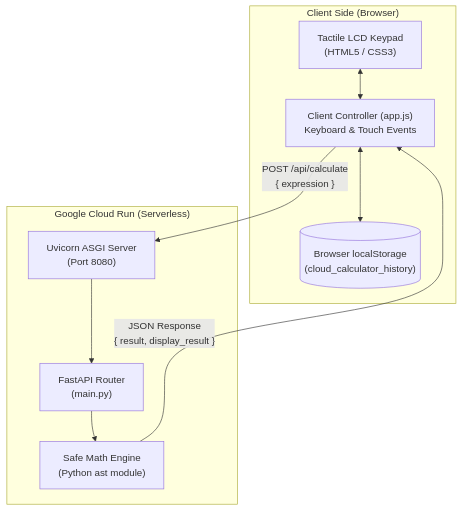
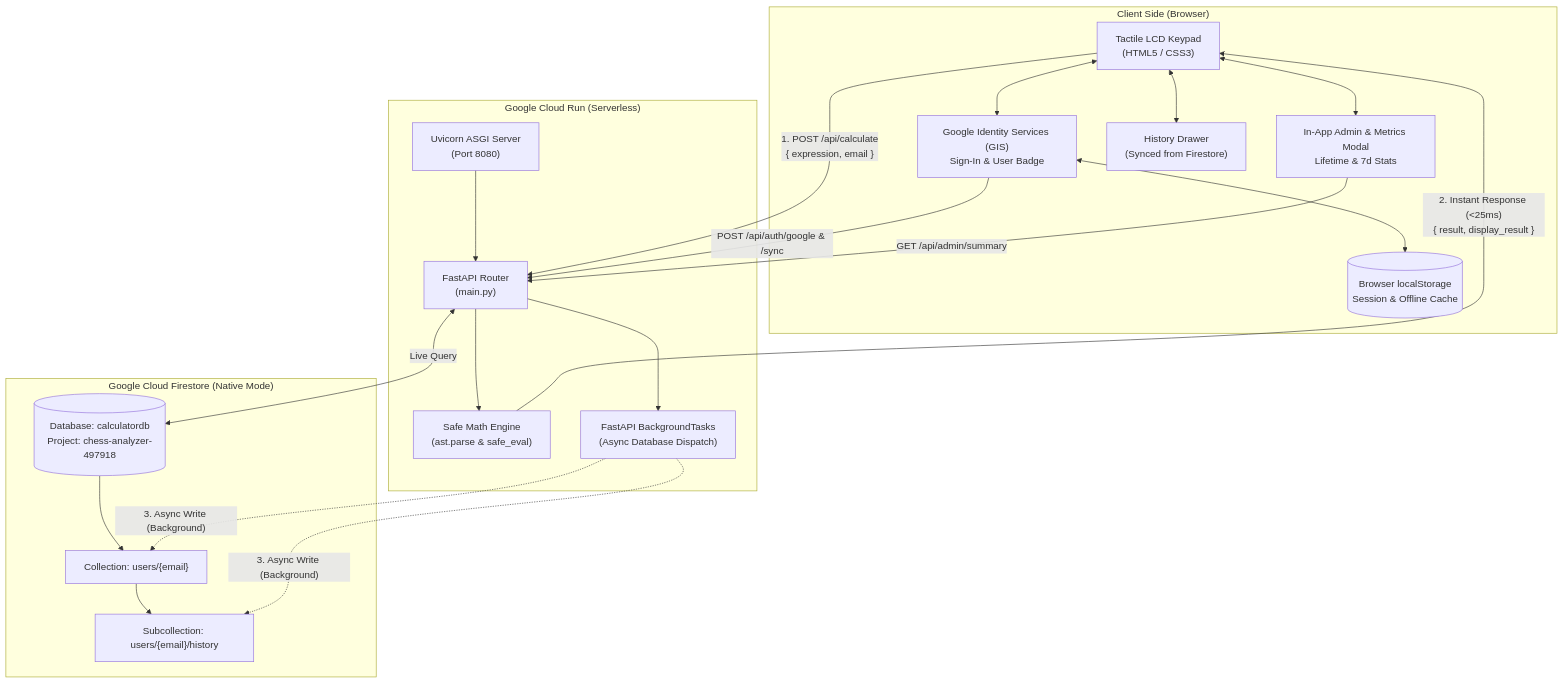
The diagram in DESIGN.md (microRunner/calculator), drawn with Mermaid before and after one commit. The commit also changed other lines of this file and 2 other files, not shown here.

Commit message:
Update DESIGN.md, README.md, and .gitignore with OAuth and Firestore documentation

````diff
--- a/DESIGN.md
+++ b/DESIGN.md
@@ -73,23 +80,43 @@
 ```mermaid
 flowchart TD
     subgraph Client ["Client Side (Browser)"]
         UI["Tactile LCD Keypad\n(HTML5 / CSS3)"]
-        ClientApp["Client Controller (app.js)\nKeyboard & Touch Events"]
-        LocalStorage[("Browser localStorage\n(cloud_calculator_history)")]
+        Auth["Google Identity Services (GIS)\nSign-In & User Badge"]
+        AdminModal["In-App Admin & Metrics Modal\nLifetime & 7d Stats"]
+        HistDrawer["History Drawer\n(Synced from Firestore)"]
+        LocalStorage[("Browser localStorage\nSession & Offline Cache")]
         
-        UI <--> ClientApp
-        ClientApp <--> LocalStorage
+        UI <--> Auth
+        UI <--> HistDrawer
+        UI <--> AdminModal
+        Auth <--> LocalStorage
     end
 
-    subgraph GCP ["Google Cloud Run (Serverless)"]
+    subgraph GCP_Run ["Google Cloud Run (Serverless)"]
         Uvicorn["Uvicorn ASGI Server\n(Port 8080)"]
         FastAPIApp["FastAPI Router\n(main.py)"]
-        ASTEngine["Safe Math Engine\n(Python ast module)"]
+        ASTEngine["Safe Math Engine\n(ast.parse & safe_eval)"]
+        BgTasks["FastAPI BackgroundTasks\n(Async Database Dispatch)"]
         
         Uvicorn --> FastAPIApp
         FastAPIApp --> ASTEngine
+        FastAPIApp --> BgTasks
     end
 
-    ClientApp -->|"POST /api/calculate\n{ expression }"| Uvicorn
-    ASTEngine -->|"JSON Response\n{ result, display_result }"| ClientApp
+    subgraph GCP_Data ["Google Cloud Firestore (Native Mode)"]
+        DB[("Database: calculatordb\nProject: chess-analyzer-497918")]
+        UsersCol["Collection: users/{email}"]
+        HistorySubcol["Subcollection: users/{email}/history"]
+        
+        DB --> UsersCol
+        UsersCol --> HistorySubcol
+    end
+
+    UI -->|"1. POST /api/calculate\n{ expression, email }"| FastAPIApp
+    ASTEngine -->|"2. Instant Response (<25ms)\n{ result, display_result }"| UI
+    BgTasks -.->|"3. Async Write (Background)"| UsersCol
+    BgTasks -.->|"3. Async Write (Background)"| HistorySubcol
+    Auth -->|"POST /api/auth/google & /sync"| FastAPIApp
+    AdminModal -->|"GET /api/admin/summary"| FastAPIApp
+    FastAPIApp <-->|"Live Query"| DB
 ```
````
